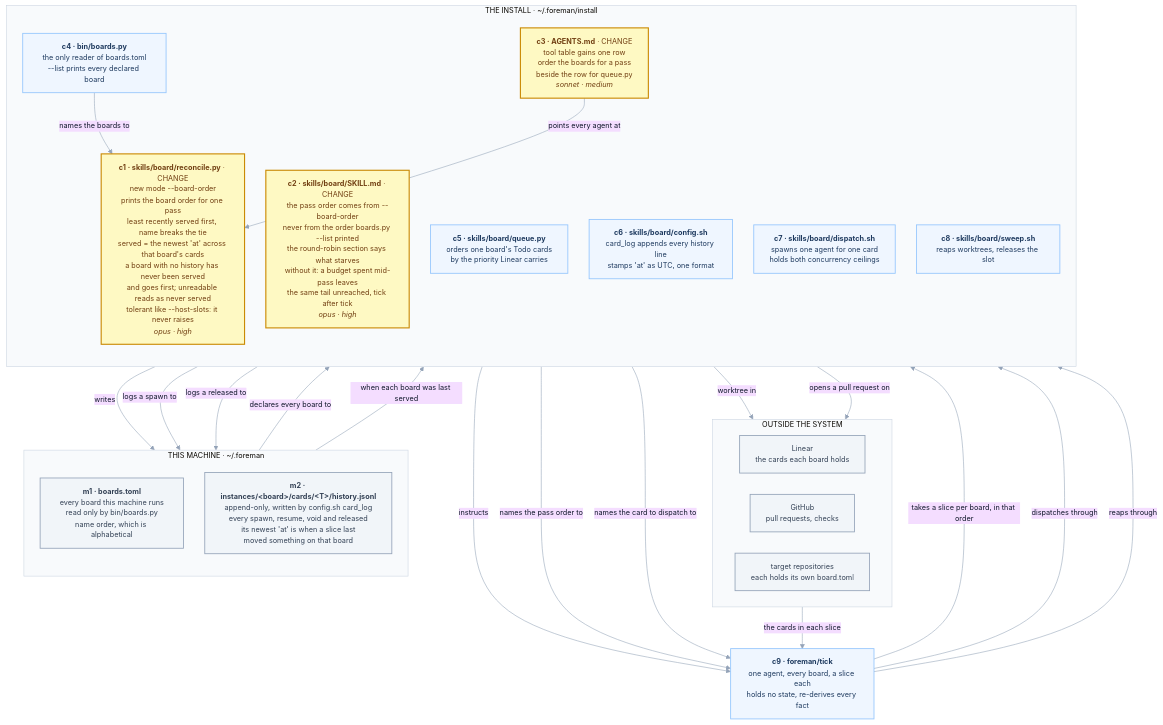
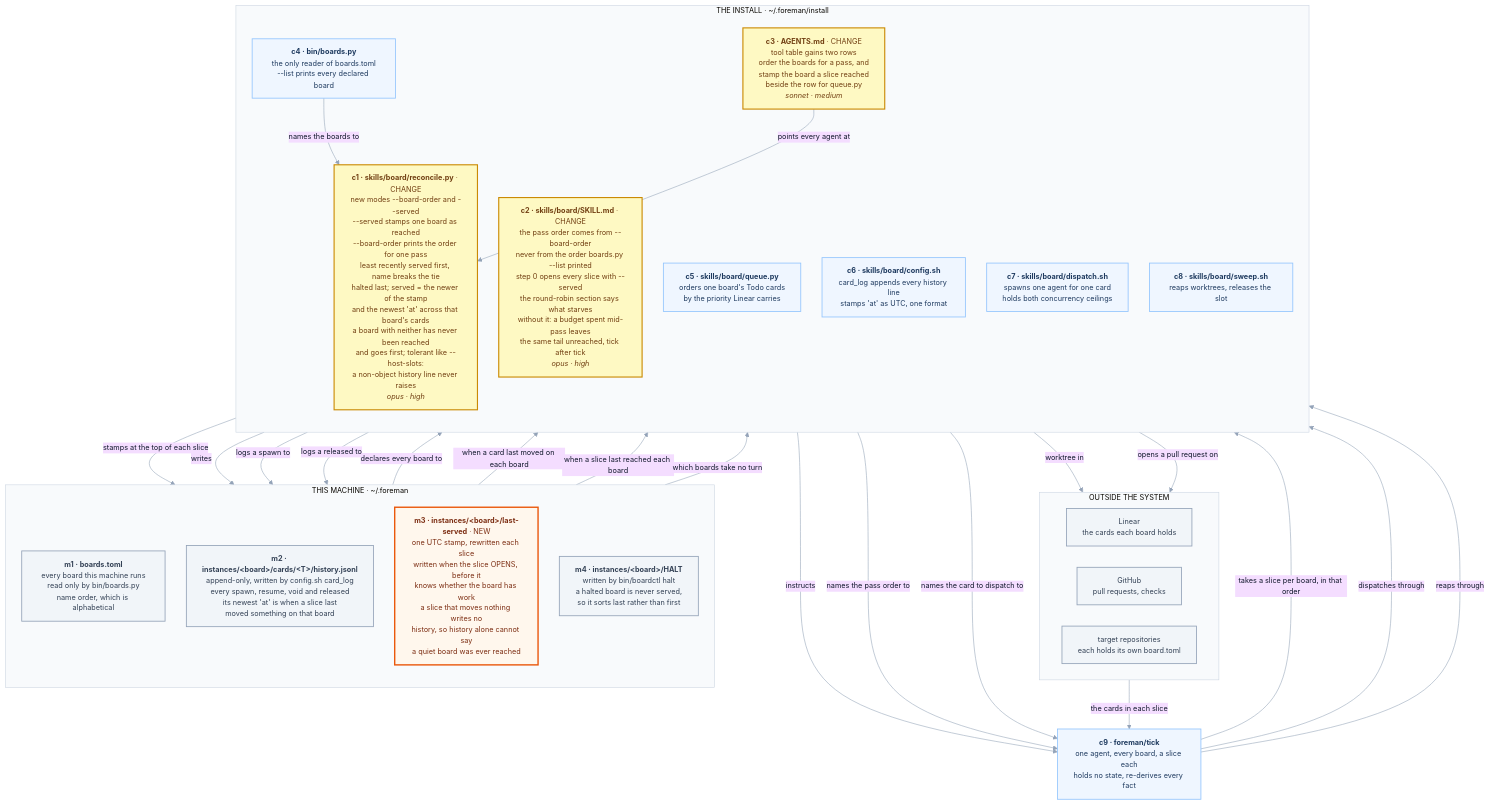
The diagram in docs/plans/2026-09-01-round-robin-board-order.md (praveenVnktsh/foreman), drawn with Mermaid before and after one commit. The commit also changed 4 other files, not shown here.

First line of the commit message:
Count a board as served when a slice reaches it, not when a card moves

````diff
--- a/docs/plans/2026-09-01-round-robin-board-order.md
+++ b/docs/plans/2026-09-01-round-robin-board-order.md
@@ -1,68 +1,74 @@
 ```mermaid
 %%{init: {
   "theme": "base",
   "themeVariables": {
     "fontFamily": "Arial, Helvetica, sans-serif",
     "fontSize": "13px",
     "lineColor": "#94a3b8",
     "primaryTextColor": "#0f172a",
     "clusterBkg": "#f8fafc",
     "clusterBorder": "#cbd5e1"
   },
   "flowchart": { "curve": "basis", "nodeSpacing": 38, "rankSpacing": 55, "padding": 14 }
 }}%%
 flowchart TD
 
   subgraph OUT["OUTSIDE THE SYSTEM"]
     direction LR
     lin["Linear<br/>the cards each board holds"]
     gh["GitHub<br/>pull requests, checks"]
     repos["target repositories<br/>each holds its own board.toml"]
   end
 
   subgraph MACHINE["THIS MACHINE · ~/.foreman"]
     direction TB
     decl["<b>m1 · boards.toml</b><br/>every board this machine runs<br/>read only by bin/boards.py<br/>name order, which is alphabetical"]
     hist["<b>m2 · instances/&lt;board&gt;/cards/&lt;T&gt;/history.jsonl</b><br/>append-only, written by config.sh card_log<br/>every spawn, resume, void and released<br/>its newest 'at' is when a slice last<br/>moved something on that board"]
+    stamp["<b>m3 · instances/&lt;board&gt;/last-served</b> · NEW<br/>one UTC stamp, rewritten each slice<br/>written when the slice OPENS, before it<br/>knows whether the board has work<br/>a slice that moves nothing writes no<br/>history, so history alone cannot say<br/>a quiet board was ever reached"]
+    halt["<b>m4 · instances/&lt;board&gt;/HALT</b><br/>written by bin/boardctl halt<br/>a halted board is never served,<br/>so it sorts last rather than first"]
   end
 
   subgraph CODE["THE INSTALL · ~/.foreman/install"]
     direction TB
-    rec["<b>c1 · skills/board/reconcile.py</b> · CHANGE<br/>new mode --board-order<br/>prints the board order for one pass<br/>least recently served first, name breaks the tie<br/>served = the newest 'at' across that board's cards<br/>a board with no history has never been served<br/>and goes first; unreadable reads as never served<br/>tolerant like --host-slots: it never raises<br/><i>opus · high</i>"]
-    skill["<b>c2 · skills/board/SKILL.md</b> · CHANGE<br/>the pass order comes from --board-order<br/>never from the order boards.py --list printed<br/>the round-robin section says what starves<br/>without it: a budget spent mid-pass leaves<br/>the same tail unreached, tick after tick<br/><i>opus · high</i>"]
-    agents["<b>c3 · AGENTS.md</b> · CHANGE<br/>tool table gains one row<br/>order the boards for a pass<br/>beside the row for queue.py<br/><i>sonnet · medium</i>"]
+    rec["<b>c1 · skills/board/reconcile.py</b> · CHANGE<br/>new modes --board-order and --served<br/>--served stamps one board as reached<br/>--board-order prints the order for one pass<br/>least recently served first, name breaks the tie<br/>halted last; served = the newer of the stamp<br/>and the newest 'at' across that board's cards<br/>a board with neither has never been reached<br/>and goes first; tolerant like --host-slots:<br/>a non-object history line never raises<br/><i>opus · high</i>"]
+    skill["<b>c2 · skills/board/SKILL.md</b> · CHANGE<br/>the pass order comes from --board-order<br/>never from the order boards.py --list printed<br/>step 0 opens every slice with --served<br/>the round-robin section says what starves<br/>without it: a budget spent mid-pass leaves<br/>the same tail unreached, tick after tick<br/><i>opus · high</i>"]
+    agents["<b>c3 · AGENTS.md</b> · CHANGE<br/>tool table gains two rows<br/>order the boards for a pass, and<br/>stamp the board a slice reached<br/>beside the row for queue.py<br/><i>sonnet · medium</i>"]
     boards["<b>c4 · bin/boards.py</b><br/>the only reader of boards.toml<br/>--list prints every declared board"]
     queue["<b>c5 · skills/board/queue.py</b><br/>orders one board's Todo cards<br/>by the priority Linear carries"]
     cfg["<b>c6 · skills/board/config.sh</b><br/>card_log appends every history line<br/>stamps 'at' as UTC, one format"]
     disp["<b>c7 · skills/board/dispatch.sh</b><br/>spawns one agent for one card<br/>holds both concurrency ceilings"]
     swp["<b>c8 · skills/board/sweep.sh</b><br/>reaps worktrees, releases the slot"]
   end
 
   tick["<b>c9 · foreman/tick</b><br/>one agent, every board, a slice each<br/>holds no state, re-derives every fact"]
 
   decl -->|declares every board to| boards
   boards -->|names the boards to| rec
-  hist -->|when each board was last served| rec
+  hist -->|when a card last moved on each board| rec
+  stamp -->|when a slice last reached each board| rec
+  halt -->|which boards take no turn| rec
+  rec -->|stamps at the top of each slice| stamp
   cfg -->|writes| hist
   disp -->|logs a spawn to| hist
   swp -->|logs a released to| hist
   skill -->|instructs| tick
   agents -->|points every agent at| rec
   rec -->|names the pass order to| tick
   tick -->|takes a slice per board, in that order| queue
   queue -->|names the card to dispatch to| tick
   tick -->|dispatches through| disp
   tick -->|reaps through| swp
   lin -->|the cards in each slice| tick
   disp -->|worktree in| repos
   disp -->|opens a pull request on| gh
 
   classDef new  fill:#fff7ed,stroke:#ea580c,stroke-width:2.5px,color:#7c2d12
   classDef chg  fill:#fef9c3,stroke:#ca8a04,stroke-width:2px,color:#713f12
   classDef same fill:#eff6ff,stroke:#93c5fd,stroke-width:1.5px,color:#1e3a5f
   classDef ext  fill:#f1f5f9,stroke:#94a3b8,stroke-width:1.5px,color:#334155
   class rec,skill,agents chg
   class boards,queue,cfg,disp,swp,tick same
   class lin,gh,repos ext
-  class decl,hist ext
+  class stamp new
+  class decl,hist,halt ext
 ```
````
